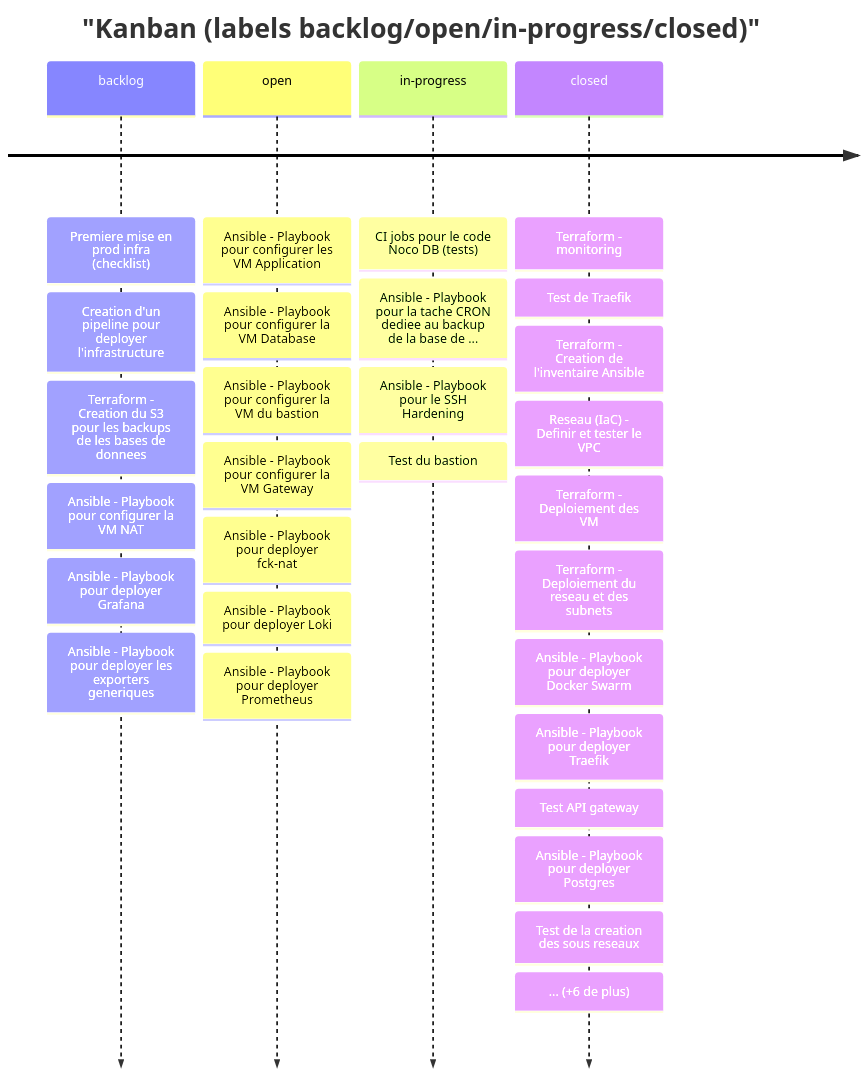
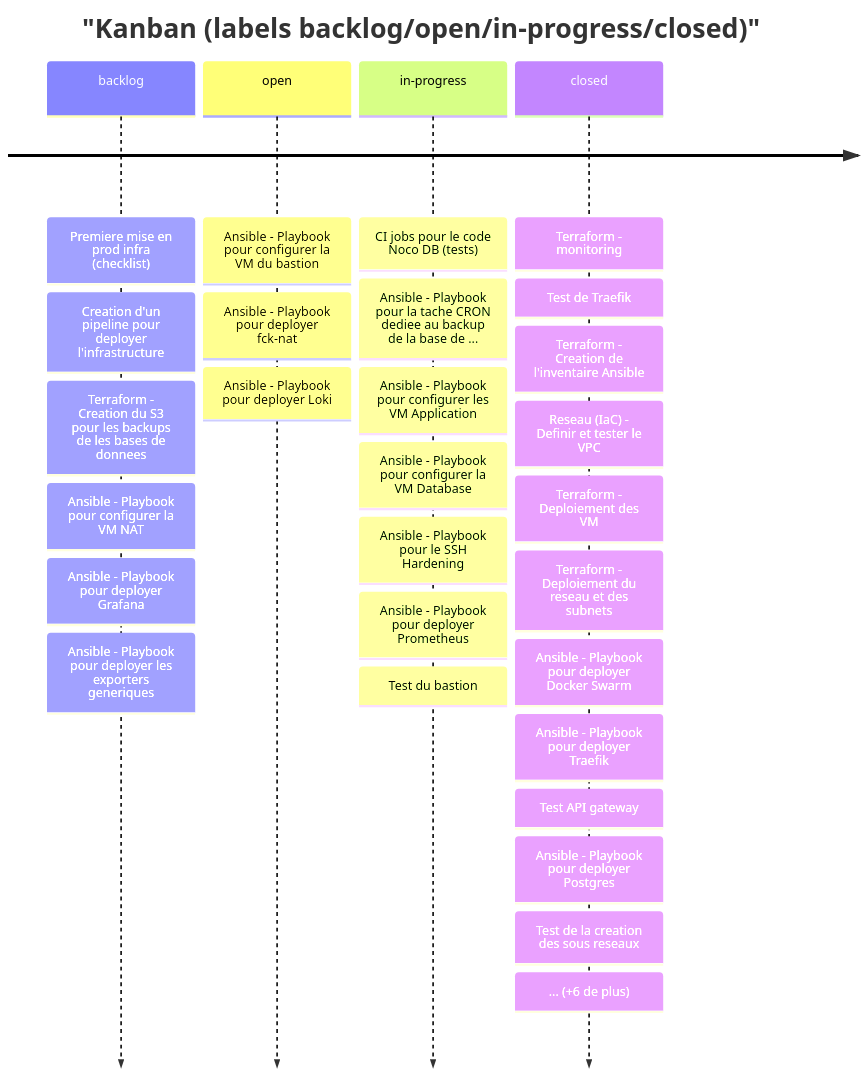
The fourth of 7 diagrams in modules/M49_projet-board-J09.md (Gooseppr/GevOps_LC), drawn with Mermaid before and after one commit. The commit also changed other lines of this file and 2 other files, not shown here.

````diff
--- a/modules/M49_projet-board-J09.md
+++ b/modules/M49_projet-board-J09.md
@@ -63,8 +63,8 @@
 ```mermaid
 timeline
     title "Kanban (labels backlog/open/in-progress/closed)"
     backlog : Premiere mise en prod infra (checklist) : Creation d'un pipeline pour deployer l'infrastructure : Terraform - Creation du S3 pour les backups de les bases de donnees : Ansible - Playbook pour configurer la VM NAT : Ansible - Playbook pour deployer Grafana : Ansible - Playbook pour deployer les exporters generiques
-    open : Ansible - Playbook pour configurer les VM Application : Ansible - Playbook pour configurer la VM Database : Ansible - Playbook pour configurer la VM du bastion : Ansible - Playbook pour configurer la VM Gateway : Ansible - Playbook pour deployer fck-nat : Ansible - Playbook pour deployer Loki : Ansible - Playbook pour deployer Prometheus
-    in-progress : CI jobs pour le code Noco DB (tests) : Ansible - Playbook pour la tache CRON dediee au backup de la base de ... : Ansible - Playbook pour le SSH Hardening : Test du bastion
+    open : Ansible - Playbook pour configurer la VM du bastion : Ansible - Playbook pour deployer fck-nat : Ansible - Playbook pour deployer Loki
+    in-progress : CI jobs pour le code Noco DB (tests) : Ansible - Playbook pour la tache CRON dediee au backup de la base de ... : Ansible - Playbook pour configurer les VM Application : Ansible - Playbook pour configurer la VM Database : Ansible - Playbook pour le SSH Hardening : Ansible - Playbook pour deployer Prometheus : Test du bastion
     closed : Terraform - monitoring : Test de Traefik : Terraform - Creation de l'inventaire Ansible : Reseau (IaC) - Definir et tester le VPC : Terraform - Deploiement des VM : Terraform - Deploiement du reseau et des subnets : Ansible - Playbook pour deployer Docker Swarm : Ansible - Playbook pour deployer Traefik : Test API gateway : Ansible - Playbook pour deployer Postgres : Test de la creation des sous reseaux : ... (+6 de plus)
 ```
````
